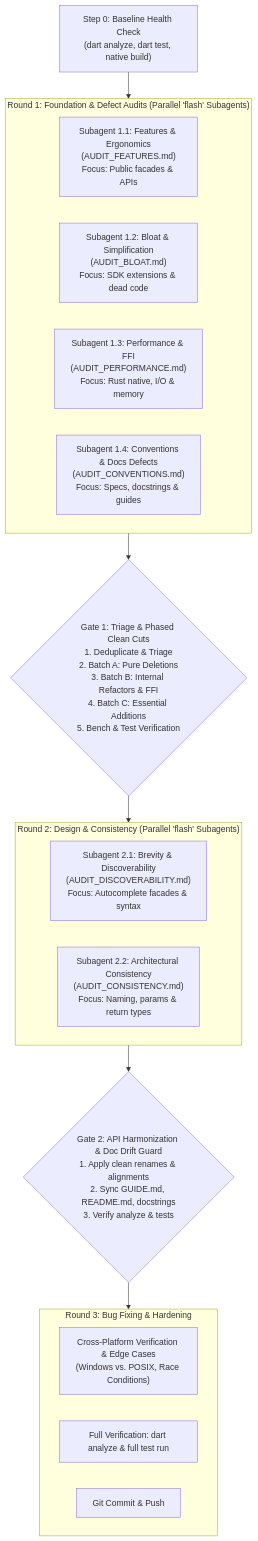
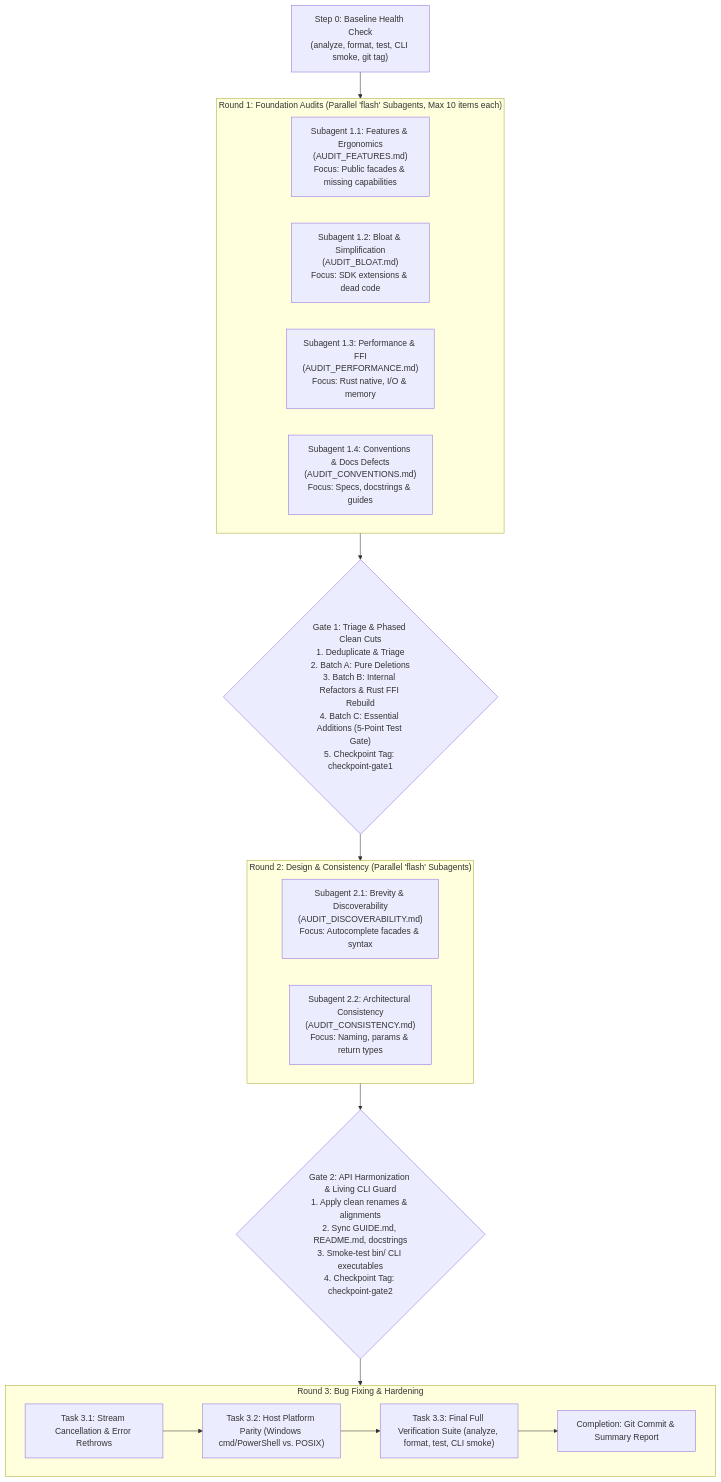
The diagram in WORKFLOW.md (feiluvnana/dart-toolkit), drawn with Mermaid before and after one commit. The commit also changed other lines of this file, not shown here.

Commit message:
docs: fully harden WORKFLOW.md with machine-verifiable gates, two-strike rollback protocol, and Rust FFI triggers

````diff
--- a/WORKFLOW.md
+++ b/WORKFLOW.md
@@ -29,29 +37,31 @@
 ```mermaid
 flowchart TD
-    S0["Step 0: Baseline Health Check\n(dart analyze, dart test, native build)"] --> R1
+    S0["Step 0: Baseline Health Check\n(analyze, format, test, CLI smoke, git tag)"] --> R1
 
-    subgraph R1["Round 1: Foundation & Defect Audits (Parallel 'flash' Subagents)"]
-        A1["Subagent 1.1: Features & Ergonomics\n(AUDIT_FEATURES.md)\nFocus: Public facades & APIs"]
+    subgraph R1["Round 1: Foundation Audits (Parallel 'flash' Subagents, Max 10 items each)"]
+        A1["Subagent 1.1: Features & Ergonomics\n(AUDIT_FEATURES.md)\nFocus: Public facades & missing capabilities"]
         A2["Subagent 1.2: Bloat & Simplification\n(AUDIT_BLOAT.md)\nFocus: SDK extensions & dead code"]
         A3["Subagent 1.3: Performance & FFI\n(AUDIT_PERFORMANCE.md)\nFocus: Rust native, I/O & memory"]
         A4["Subagent 1.4: Conventions & Docs Defects\n(AUDIT_CONVENTIONS.md)\nFocus: Specs, docstrings & guides"]
     end
 
-    R1 --> G1{"Gate 1: Triage & Phased Clean Cuts\n1. Deduplicate & Triage\n2. Batch A: Pure Deletions\n3. Batch B: Internal Refactors & FFI\n4. Batch C: Essential Additions\n5. Bench & Test Verification"}
+    R1 --> G1{"Gate 1: Triage & Phased Clean Cuts\n1. Deduplicate & Triage\n2. Batch A: Pure Deletions\n3. Batch B: Internal Refactors & Rust FFI Rebuild\n4. Batch C: Essential Additions (5-Point Test Gate)\n5. Checkpoint Tag: checkpoint-gate1"}
 
     subgraph R2["Round 2: Design & Consistency (Parallel 'flash' Subagents)"]
         B1["Subagent 2.1: Brevity & Discoverability\n(AUDIT_DISCOVERABILITY.md)\nFocus: Autocomplete facades & syntax"]
         B2["Subagent 2.2: Architectural Consistency\n(AUDIT_CONSISTENCY.md)\nFocus: Naming, params & return types"]
     end
 
     G1 --> R2
-    R2 --> G2{"Gate 2: API Harmonization & Doc Drift Guard\n1. Apply clean renames & alignments\n2. Sync GUIDE.md, README.md, docstrings\n3. Verify analyze & tests"}
+    R2 --> G2{"Gate 2: API Harmonization & Living CLI Guard\n1. Apply clean renames & alignments\n2. Sync GUIDE.md, README.md, docstrings\n3. Smoke-test bin/ CLI executables\n4. Checkpoint Tag: checkpoint-gate2"}
 
     subgraph R3["Round 3: Bug Fixing & Hardening"]
-        C1["Cross-Platform Verification & Edge Cases\n(Windows vs. POSIX, Race Conditions)"]
-        C2["Full Verification: dart analyze & full test run"]
-        C3["Git Commit & Push"]
+        C1["Task 3.1: Stream Cancellation & Error Rethrows"]
+        C2["Task 3.2: Host Platform Parity (Windows cmd/PowerShell vs. POSIX)"]
+        C3["Task 3.3: Final Full Verification Suite (analyze, format, test, CLI smoke)"]
+        C4["Completion: Git Commit & Summary Report"]
     end
 
     G2 --> R3
+    C1 --> C2 --> C3 --> C4
 ```
````
